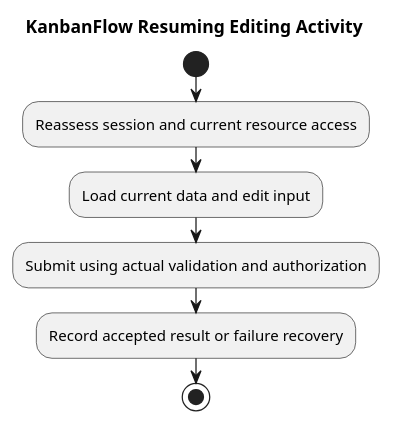
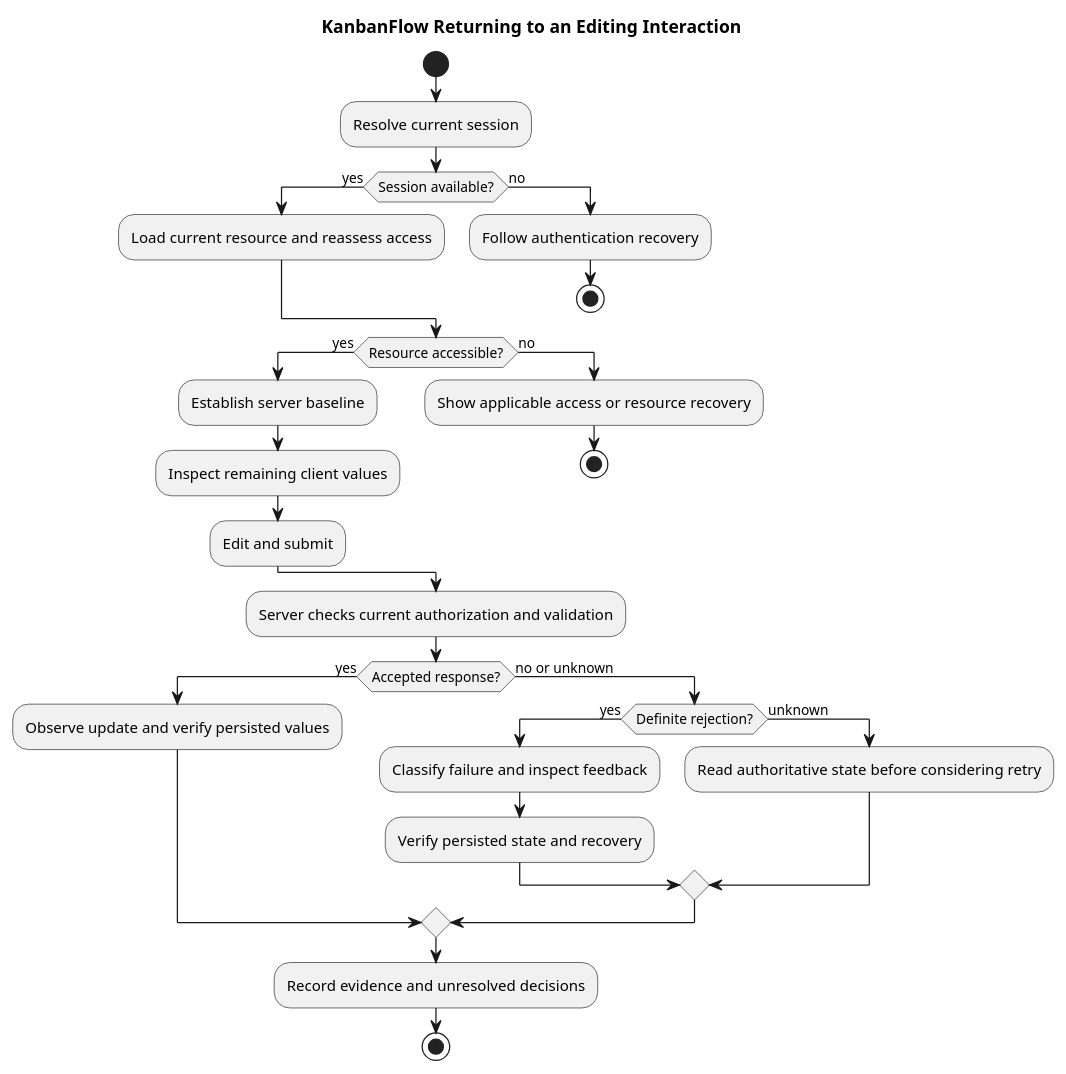
One commit to Farhad-Valizadegan/Web-KanbanFlow changed the diagram in docs/SDLC/03-analysis/diagrams/resume-editing-activity.puml. Above: the diagram before and after it, drawn with PlantUML. The commit also changed 2 other files, not shown here.

Commit message:
docs: complete editing activity and recovery analysis

```diff
--- a/docs/SDLC/03-analysis/diagrams/resume-editing-activity.puml
+++ b/docs/SDLC/03-analysis/diagrams/resume-editing-activity.puml
@@ -1,9 +1,32 @@
 @startuml
-title KanbanFlow Resuming Editing Activity
+title KanbanFlow Returning to an Editing Interaction
 start
-:Reassess session and current resource access;
-:Load current data and edit input;
-:Submit using actual validation and authorization;
-:Record accepted result or failure recovery;
+:Resolve current session;
+if (Session available?) then (yes)
+  :Load current resource and reassess access;
+else (no)
+  :Follow authentication recovery;
+  stop
+endif
+if (Resource accessible?) then (yes)
+  :Establish server baseline;
+  :Inspect remaining client values;
+  :Edit and submit;
+else (no)
+  :Show applicable access or resource recovery;
+  stop
+endif
+:Server checks current authorization and validation;
+if (Accepted response?) then (yes)
+  :Observe update and verify persisted values;
+else (no or unknown)
+  if (Definite rejection?) then (yes)
+    :Classify failure and inspect feedback;
+    :Verify persisted state and recovery;
+  else (unknown)
+    :Read authoritative state before considering retry;
+  endif
+endif
+:Record evidence and unresolved decisions;
 stop
 @enduml
```
